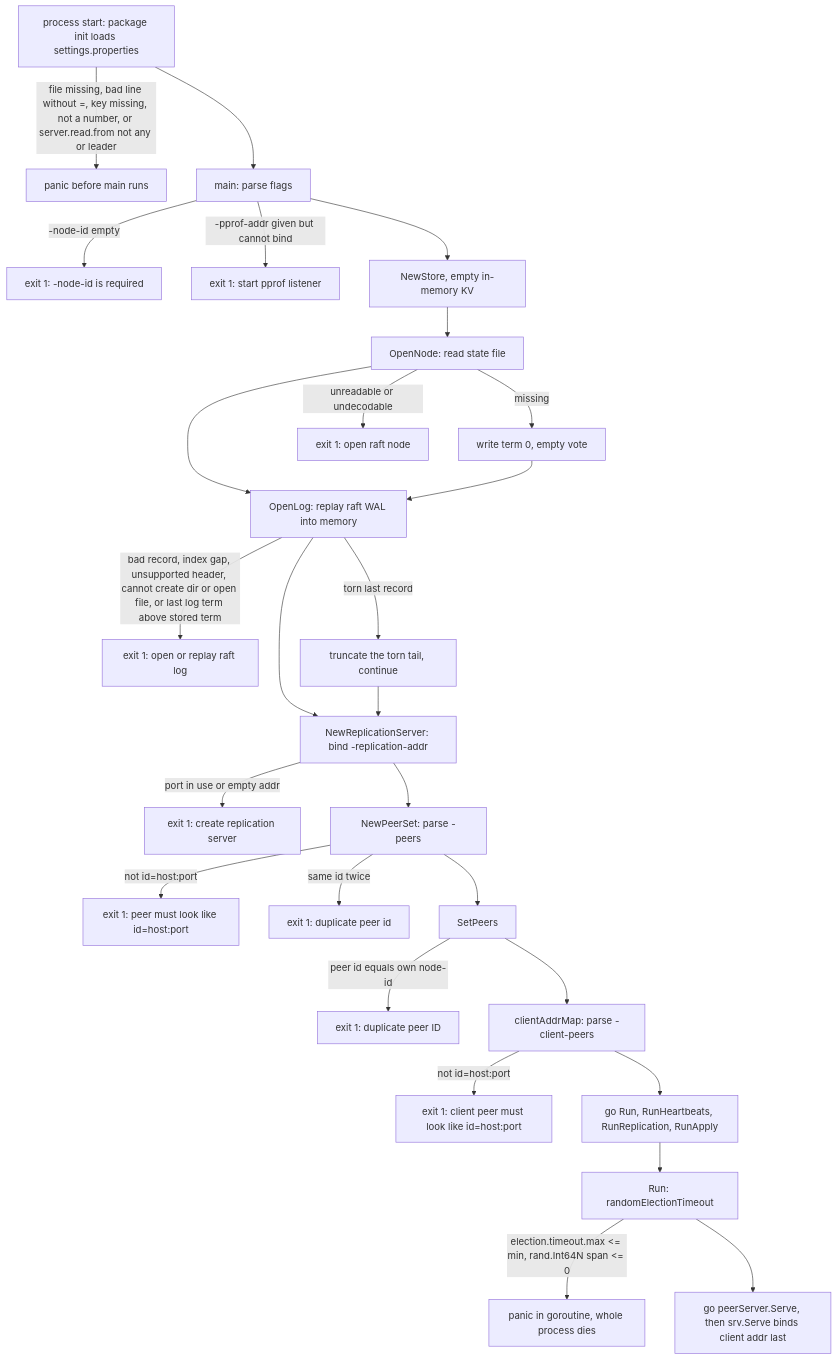
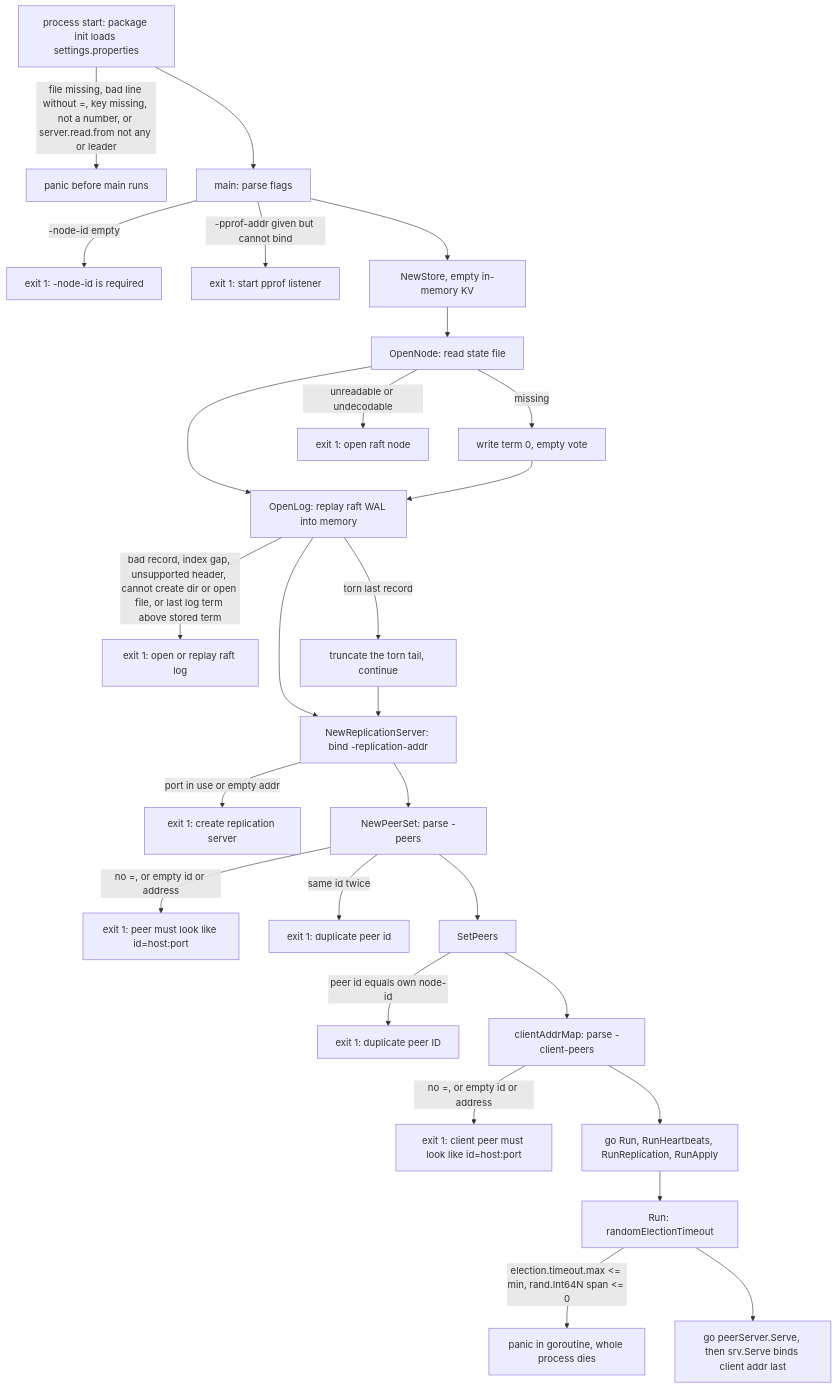
One commit to Tarun-Elango/hobbyDB changed the second of 8 diagrams in flow/4. cluster-startup-cases.md. Above: the diagram before and after it, drawn with Mermaid. The commit also changed other lines of this file and 3 other files, not shown here.

Commit message:
fixing state diagrams

````diff
--- a/flow/4. cluster-startup-cases.md
+++ b/flow/4. cluster-startup-cases.md
@@ -41,29 +41,29 @@
 ```mermaid
 flowchart TD
     P0["process start: package init loads settings.properties"] -->|"file missing, bad line without =, key missing, not a number, or server.read.from not any or leader"| X0["panic before main runs"]
     P0 --> M["main: parse flags"]
     M -->|"-node-id empty"| E1["exit 1: -node-id is required"]
     M -->|"-pprof-addr given but cannot bind"| E0["exit 1: start pprof listener"]
     M --> S1["NewStore, empty in-memory KV"]
     S1 --> S2["OpenNode: read state file"]
     S2 -->|"missing"| S2a["write term 0, empty vote"]
     S2 -->|"unreadable or undecodable"| E2["exit 1: open raft node"]
     S2 --> S3["OpenLog: replay raft WAL into memory"]
     S2a --> S3
     S3 -->|"bad record, index gap, unsupported header, cannot create dir or open file, or last log term above stored term"| E3["exit 1: open or replay raft log"]
     S3 -->|"torn last record"| S3a["truncate the torn tail, continue"]
     S3 --> S4["NewReplicationServer: bind -replication-addr"]
     S3a --> S4
     S4 -->|"port in use or empty addr"| E4["exit 1: create replication server"]
     S4 --> S5["NewPeerSet: parse -peers"]
-    S5 -->|"not id=host:port"| E5["exit 1: peer must look like id=host:port"]
+    S5 -->|"no =, or empty id or address"| E5["exit 1: peer must look like id=host:port"]
     S5 -->|"same id twice"| E6["exit 1: duplicate peer id"]
     S5 --> S6["SetPeers"]
     S6 -->|"peer id equals own node-id"| E7["exit 1: duplicate peer ID"]
     S6 --> S7["clientAddrMap: parse -client-peers"]
-    S7 -->|"not id=host:port"| E8["exit 1: client peer must look like id=host:port"]
+    S7 -->|"no =, or empty id or address"| E8["exit 1: client peer must look like id=host:port"]
     S7 --> G["go Run, RunHeartbeats, RunReplication, RunApply"]
     G --> R0["Run: randomElectionTimeout"]
     R0 -->|"election.timeout.max <= min, rand.Int64N span <= 0"| X1["panic in goroutine, whole process dies"]
     R0 --> OK["go peerServer.Serve, then srv.Serve binds client addr last"]
 ```
````
